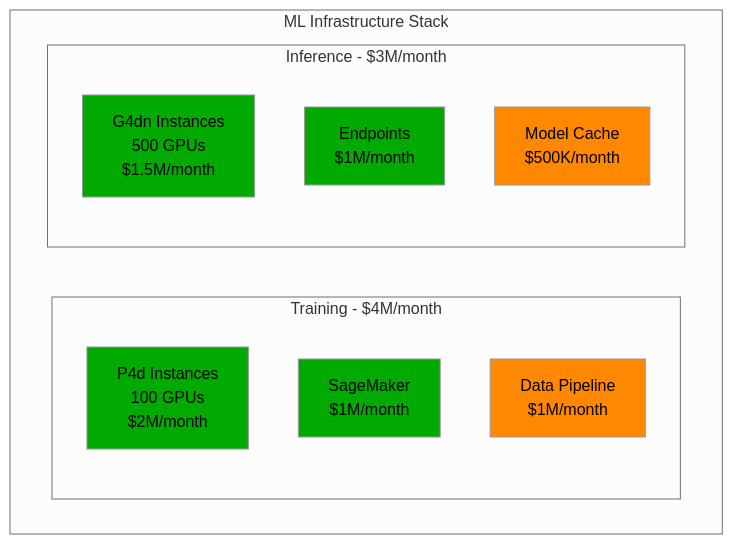
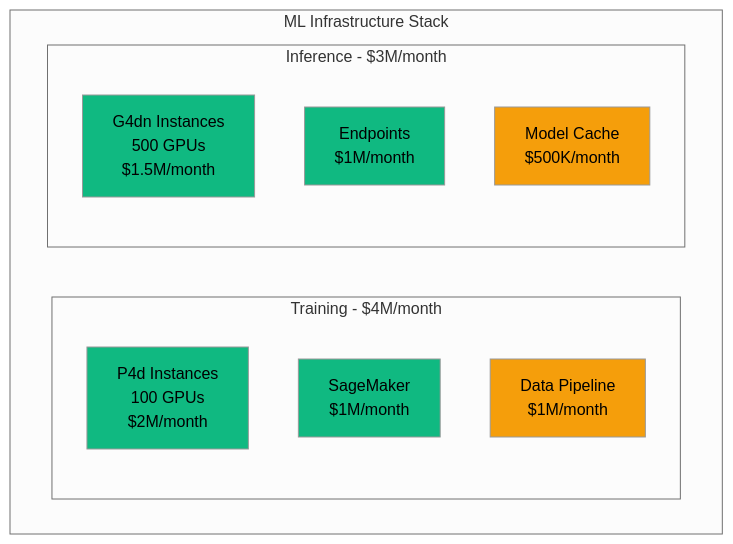
Before and after one commit to deepaucksharma/DS: the third of 5 diagrams in site/docs/costs/airbnb-infrastructure-breakdown.md, drawn with Mermaid (neutral theme). The commit also changed other lines of this file and 303 other files, not shown here.

````diff
--- a/site/docs/costs/airbnb-infrastructure-breakdown.md
+++ b/site/docs/costs/airbnb-infrastructure-breakdown.md
@@ -140,23 +140,23 @@
 ```mermaid
 graph TB
     subgraph "ML Infrastructure Stack"
         subgraph Training["Training - $4M/month"]
             GPU1[P4d Instances<br/>100 GPUs<br/>$2M/month]
             SAGE[SageMaker<br/>$1M/month]
             DATA[Data Pipeline<br/>$1M/month]
         end
 
         subgraph Inference["Inference - $3M/month"]
             GPU2[G4dn Instances<br/>500 GPUs<br/>$1.5M/month]
             ENDP[Endpoints<br/>$1M/month]
             CACHE2[Model Cache<br/>$500K/month]
         end
     end
 
-    style GPU1 fill:#00AA00
-    style SAGE fill:#00AA00
-    style DATA fill:#FF8800
-    style GPU2 fill:#00AA00
-    style ENDP fill:#00AA00
-    style CACHE2 fill:#FF8800
+    style GPU1 fill:#10B981
+    style SAGE fill:#10B981
+    style DATA fill:#F59E0B
+    style GPU2 fill:#10B981
+    style ENDP fill:#10B981
+    style CACHE2 fill:#F59E0B
 ```
````
